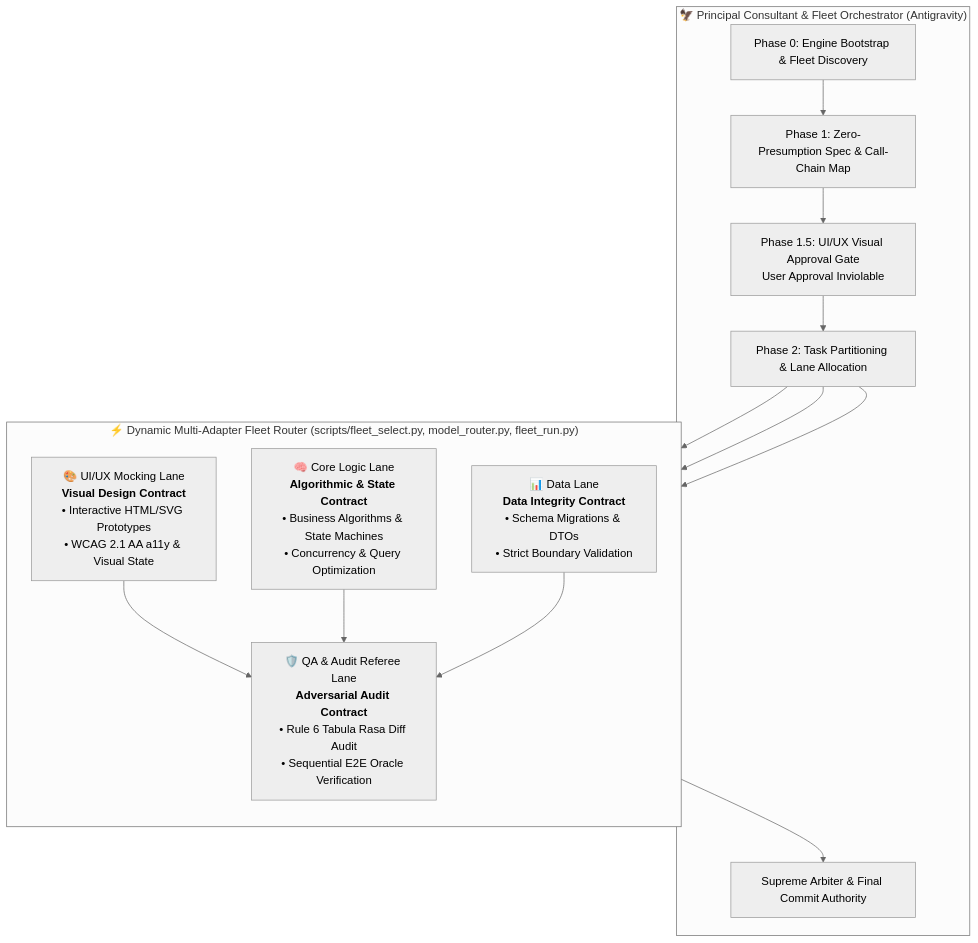
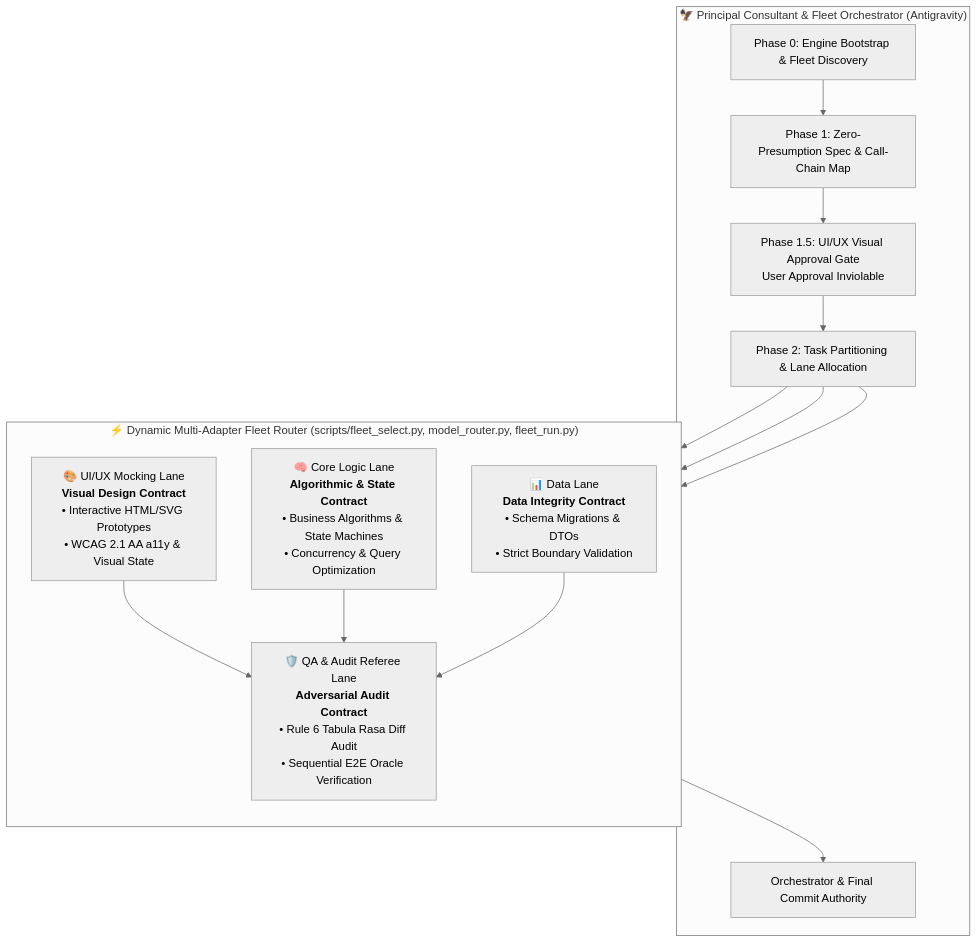
The first of 4 diagrams in docs/FLEET_AND_V2_REFERENCE.md (sherifrad/multi-agent-collaborative-audit), drawn with Mermaid (neutral theme) before and after one commit. The commit also changed other lines of this file and 14 other files, not shown here.

````diff
--- a/docs/FLEET_AND_V2_REFERENCE.md
+++ b/docs/FLEET_AND_V2_REFERENCE.md
@@ -59,28 +55,28 @@
 ```mermaid
 flowchart TD
     subgraph Lead["🦅 Principal Consultant & Fleet Orchestrator (Antigravity)"]
         Boot["Phase 0: Engine Bootstrap & Fleet Discovery"]
         Spec["Phase 1: Zero-Presumption Spec & Call-Chain Map"]
         MockGate["Phase 1.5: UI/UX Visual Approval Gate<br/>User Approval Inviolable"]
         Plan["Phase 2: Task Partitioning & Lane Allocation"]
-        Arbiter["Supreme Arbiter & Final Commit Authority"]
+        Arbiter["Orchestrator & Final Commit Authority"]
     end
 
     Boot --> Spec --> MockGate --> Plan
 
     subgraph DynamicRouter["⚡ Dynamic Multi-Adapter Fleet Router (scripts/fleet_select.py, model_router.py, fleet_run.py)"]
         direction TB
         UI["🎨 UI/UX Mocking Lane<br/><b>Visual Design Contract</b><br/>• Interactive HTML/SVG Prototypes<br/>• WCAG 2.1 AA a11y & Visual State"]
         Logic["🧠 Core Logic Lane<br/><b>Algorithmic & State Contract</b><br/>• Business Algorithms & State Machines<br/>• Concurrency & Query Optimization"]
         Data["📊 Data Lane<br/><b>Data Integrity Contract</b><br/>• Schema Migrations & DTOs<br/>• Strict Boundary Validation"]
         Audit["🛡️ QA & Audit Referee Lane<br/><b>Adversarial Audit Contract</b><br/>• Rule 6 Tabula Rasa Diff Audit<br/>• Sequential E2E Oracle Verification"]
     end
 
     Plan --> UI
     Plan --> Logic
     Plan --> Data
     UI --> Audit
     Logic --> Audit
     Data --> Audit
     Audit --> Arbiter
 ```
````
